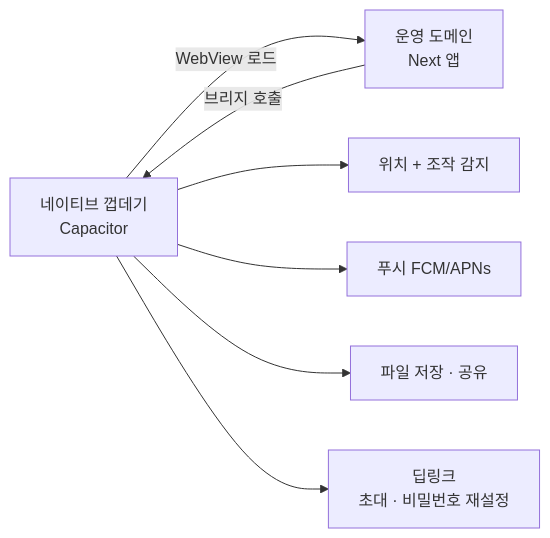
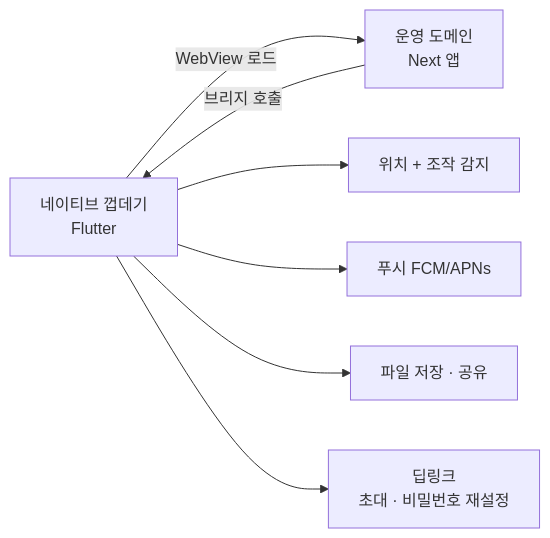
One commit to nalpari/whale-erp-staff-mobile-app changed the diagram in docs/webview-plan.md. Above: the diagram before and after it, drawn with Mermaid. The commit also changed other lines of this file and 3 other files, not shown here.

````diff
--- a/docs/webview-plan.md
+++ b/docs/webview-plan.md
@@ -23,9 +33,9 @@
 ```mermaid
 flowchart LR
-    N[네이티브 껍데기<br/>Capacitor] -->|WebView 로드| W[운영 도메인<br/>Next 앱]
+    N[네이티브 껍데기<br/>Flutter] -->|WebView 로드| W[운영 도메인<br/>Next 앱]
     W -->|브리지 호출| N
     N --> L[위치 + 조작 감지]
     N --> P[푸시 FCM/APNs]
     N --> D[파일 저장 · 공유]
     N --> K[딥링크<br/>초대 · 비밀번호 재설정]
 ```
````
